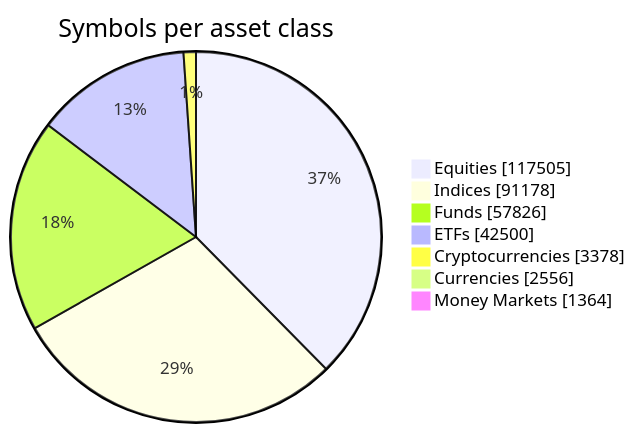
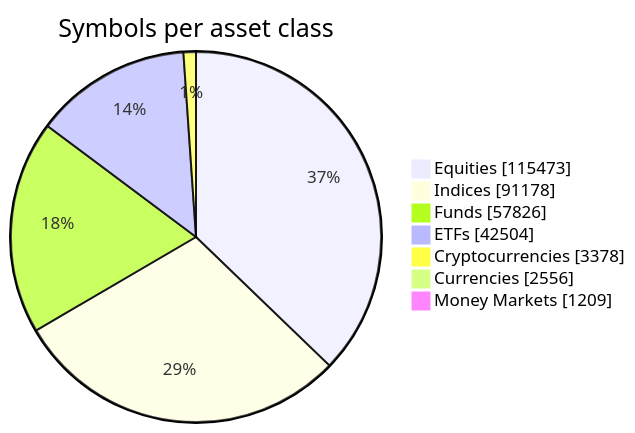
One commit to JerBouma/FinanceDatabase changed the diagram in README.md. Above: the diagram before and after it, drawn with Mermaid. The commit also changed other lines of this file, not shown here.

````diff
--- a/README.md
+++ b/README.md
@@ -49,11 +49,11 @@
 ```mermaid
 pie showData
     title Symbols per asset class
-    "Equities" : 117505
+    "Equities" : 115473
     "Indices" : 91178
     "Funds" : 57826
-    "ETFs" : 42500
+    "ETFs" : 42504
     "Cryptocurrencies" : 3378
     "Currencies" : 2556
-    "Money Markets" : 1364
+    "Money Markets" : 1209
 ```
````
